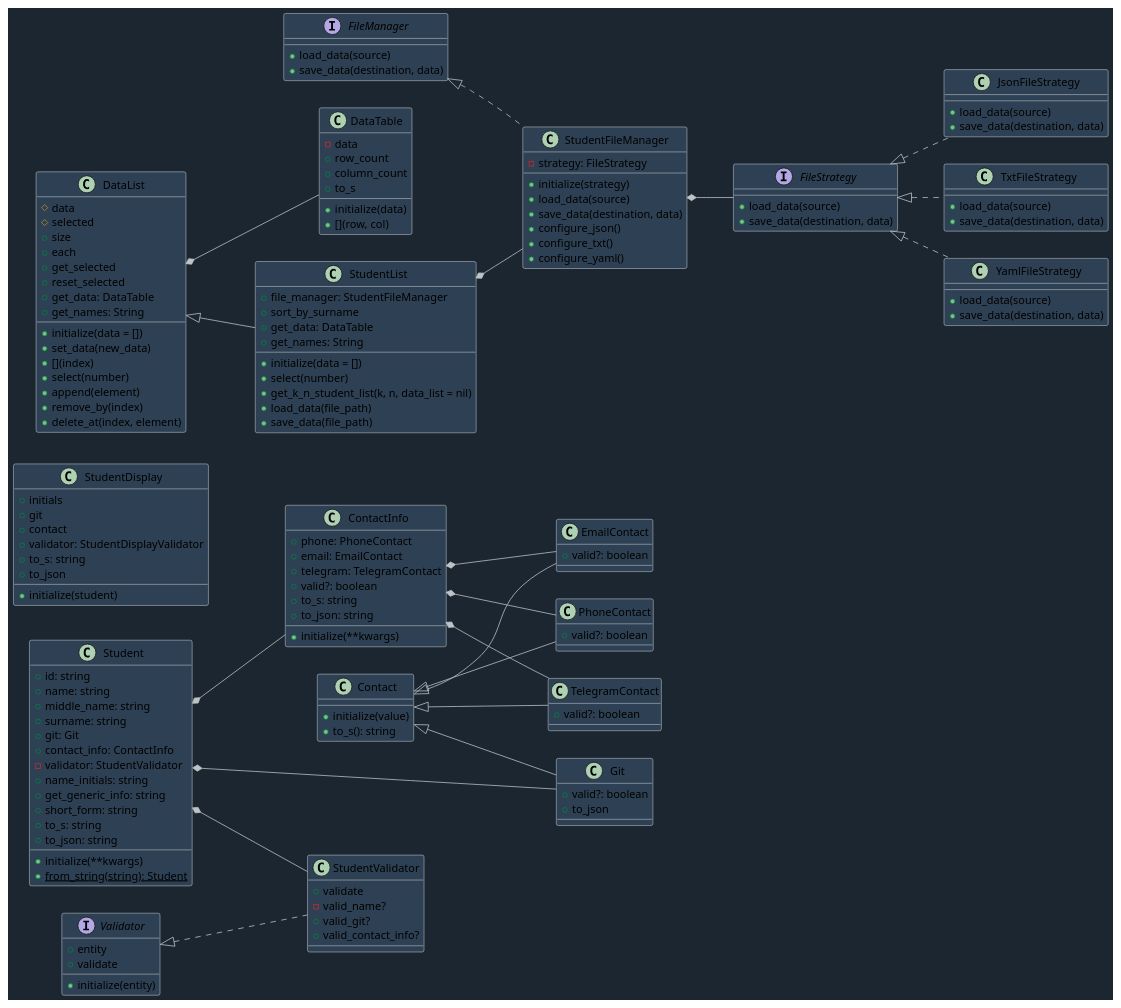
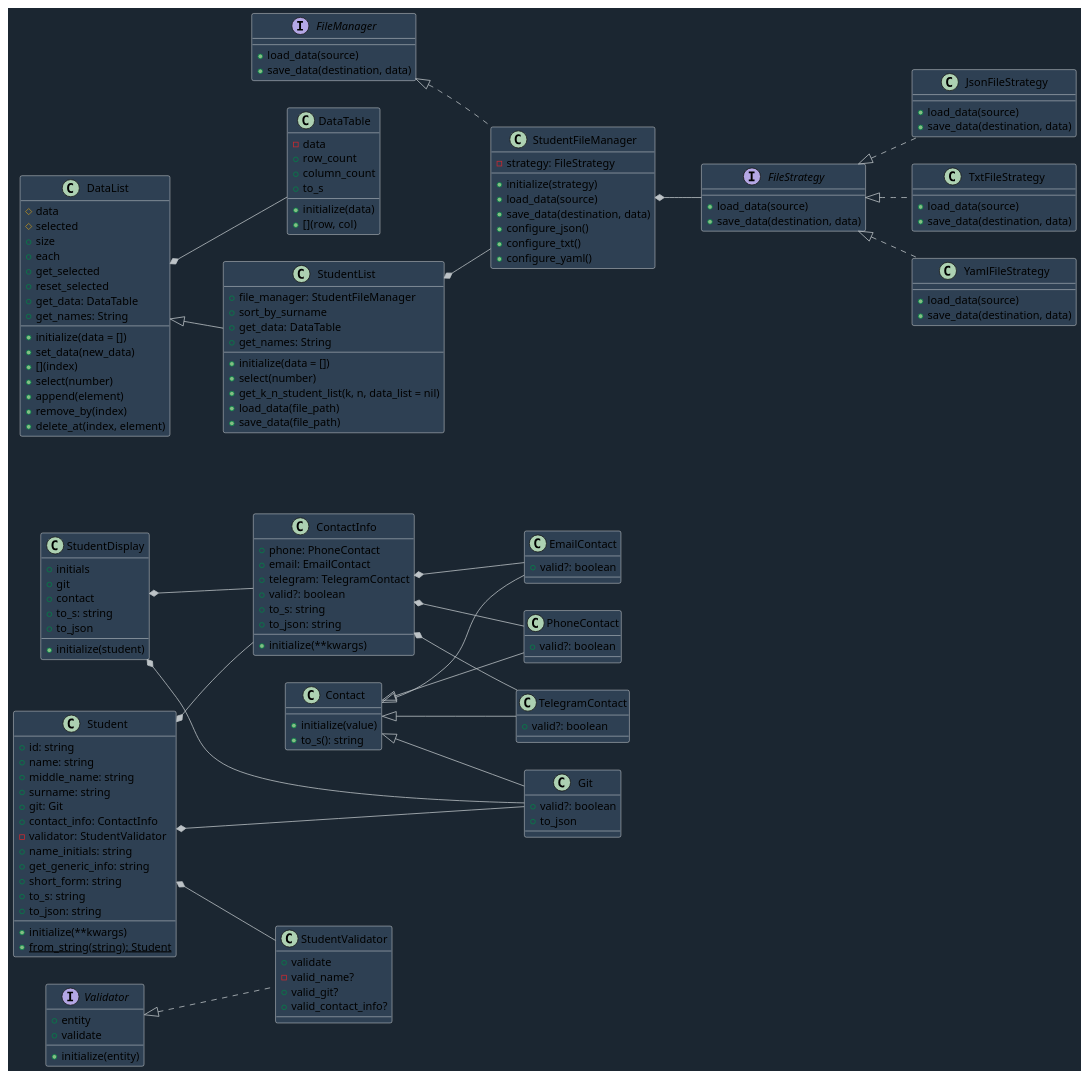
The diagram in Labs/diagram_builder.puml (SnowLukin/Pattern_Class), drawn with PlantUML before and after one commit. The commit also changed 3 other files, not shown here.

Commit message:
Fixed diagram

```diff
--- a/Labs/diagram_builder.puml
+++ b/Labs/diagram_builder.puml
@@ -1,166 +1,167 @@
 @startuml
 
 left to right direction
 skinparam backgroundColor #1B2631
 skinparam class {
   BackgroundColor #2E4053
   BorderColor #1111111
   ArrowColor #BDC3C7
 }
 
 class Contact {
     + initialize(value)
     + to_s(): string
 }
 
 class EmailContact extends Contact {
     + valid?: boolean
 }
 
 class PhoneContact extends Contact {
     + valid?: boolean
 }
 
 class TelegramContact extends Contact {
     + valid?: boolean
 }
 
 class Git extends Contact {
     + valid?: boolean
     + to_json
 }
 
 class ContactInfo {
     + phone: PhoneContact
     + email: EmailContact
     + telegram: TelegramContact
     + initialize(**kwargs)
     + valid?: boolean
     + to_s: string
     + to_json: string
 }
 
 class Student {
     + id: string
     + name: string
     + middle_name: string
     + surname: string
     + git: Git
     + contact_info: ContactInfo
     - validator: StudentValidator
     + initialize(**kwargs)
     + name_initials: string
     + get_generic_info: string
     + short_form: string
     + to_s: string
     + to_json: string
     + {static} from_string(string): Student
 }
 
 class StudentDisplay {
     + initials
     + git
     + contact
-    + validator: StudentDisplayValidator
     + initialize(student)
     + to_s: string
     + to_json
 }
 
 interface Validator {
     + entity
     + initialize(entity)
     + validate
 }
 
 class StudentValidator implements Validator {
     + validate
     - valid_name?
     + valid_git?
     + valid_contact_info?
 }
 
 interface FileManager {
     + load_data(source)
     + save_data(destination, data)
 }
 
 class StudentFileManager implements FileManager {
     - strategy: FileStrategy
     + initialize(strategy)
     + load_data(source)
     + save_data(destination, data)
     + configure_json()
     + configure_txt()
     + configure_yaml()
 }
 
 interface FileStrategy {
     + load_data(source)
     + save_data(destination, data)
 }
 
 class JsonFileStrategy implements FileStrategy {
     + load_data(source)
     + save_data(destination, data)
 }
 
 class TxtFileStrategy implements FileStrategy {
     + load_data(source)
     + save_data(destination, data)
 }
 
 class YamlFileStrategy implements FileStrategy {
     + load_data(source)
     + save_data(destination, data)
 }
 
 class DataTable {
     - data
     + initialize(data)
     + [](row, col)
     + row_count
     + column_count
     + to_s
 }
 
 class DataList {
     # data
     # selected
     + initialize(data = [])
     + set_data(new_data)
     + [](index)
     + size
     + each
     + select(number)
     + get_selected
     + reset_selected
     + append(element)
     + remove_by(index)
     + delete_at(index, element)
     + get_data: DataTable
     + get_names: String
 }
 
 class StudentList extends DataList {
     + file_manager: StudentFileManager
     + initialize(data = [])
     + select(number)
     + sort_by_surname
     + get_k_n_student_list(k, n, data_list = nil)
     + load_data(file_path)
     + save_data(file_path)
     + get_data: DataTable
     + get_names: String
 }
 
 ContactInfo *-- PhoneContact
 ContactInfo *-- EmailContact
 ContactInfo *-- TelegramContact
 Student *-- ContactInfo
 Student *-- Git
 Student *-- StudentValidator
 DataList *-- DataTable
 StudentList *-- StudentFileManager
 StudentFileManager *-- FileStrategy
+StudentDisplay *-- Git
+StudentDisplay *-- ContactInfo
 @enduml
```
